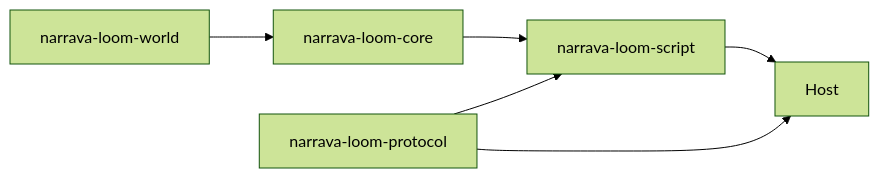
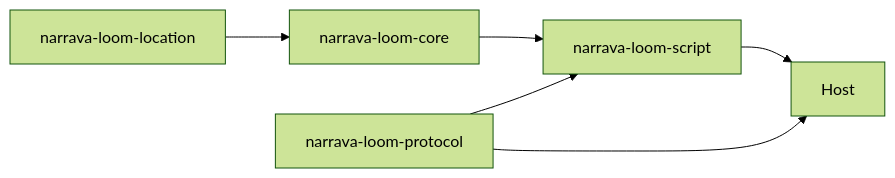
One commit to MaplebirchLeaf/narrava-loom changed the diagram in docs/development/repository-layout.md. Above: the diagram before and after it, drawn with Mermaid (forest theme). The commit also changed other lines of this file and 15 other files, not shown here.

````diff
--- a/docs/development/repository-layout.md
+++ b/docs/development/repository-layout.md
@@ -47,8 +47,8 @@
 ```mermaid
 flowchart LR
-  World[narrava-loom-world] --> Core[narrava-loom-core]
+  Location[narrava-loom-location] --> Core[narrava-loom-core]
   Core --> Script[narrava-loom-script]
   Protocol[narrava-loom-protocol] --> Script
   Script --> Host
   Protocol --> Host
 ```
````
